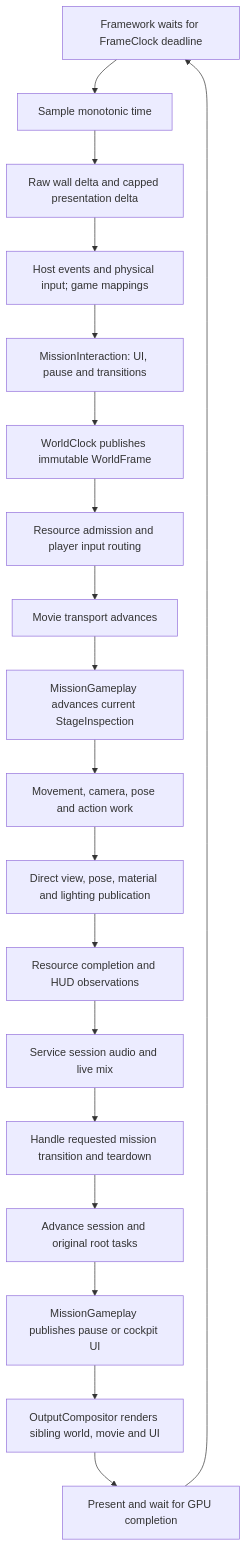
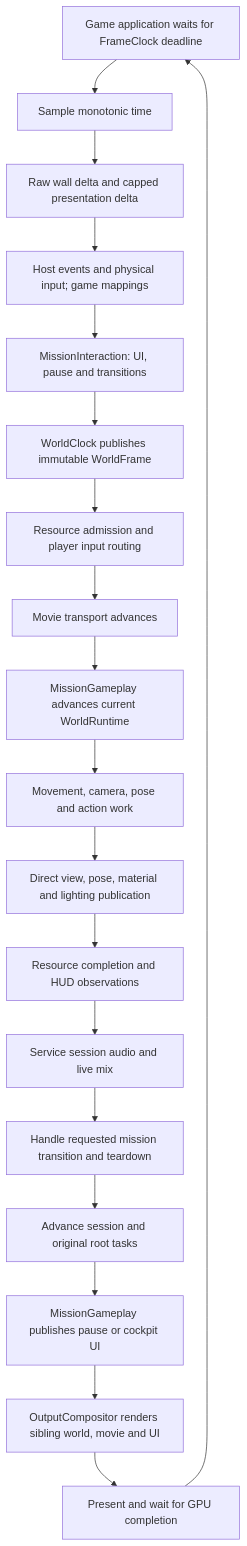
Before and after one commit to plainsight-systems/bullet-witch: the second of 4 diagrams in docs/architecture/current-ownership.md, drawn with Mermaid. The commit also changed other lines of this file and 803 other files, not shown here.

````diff
--- a/docs/architecture/current-ownership.md
+++ b/docs/architecture/current-ownership.md
@@ -75,21 +82,21 @@
 ```mermaid
 flowchart TD
-  Wait[Framework waits for FrameClock deadline] --> Sample[Sample monotonic time]
+  Wait[Game application waits for FrameClock deadline] --> Sample[Sample monotonic time]
   Sample --> Times[Raw wall delta and capped presentation delta]
   Times --> Input[Host events and physical input; game mappings]
   Input --> Admit[MissionInteraction: UI, pause and transitions]
   Admit --> Clock[WorldClock publishes immutable WorldFrame]
   Clock --> Route[Resource admission and player input routing]
   Route --> Media[Movie transport advances]
-  Media --> Advance[MissionGameplay advances current StageInspection]
+  Media --> Advance[MissionGameplay advances current WorldRuntime]
   Advance --> Actor[Movement, camera, pose and action work]
   Actor --> Publish[Direct view, pose, material and lighting publication]
   Publish --> Cockpit[Resource completion and HUD observations]
   Cockpit --> Audio[Service session audio and live mix]
   Audio --> Transition[Handle requested mission transition and teardown]
   Transition --> Session[Advance session and original root tasks]
   Session --> UI[MissionGameplay publishes pause or cockpit UI]
   UI --> Draw[OutputCompositor renders sibling world, movie and UI]
   Draw --> Complete[Present and wait for GPU completion]
   Complete --> Wait
 ```
````
